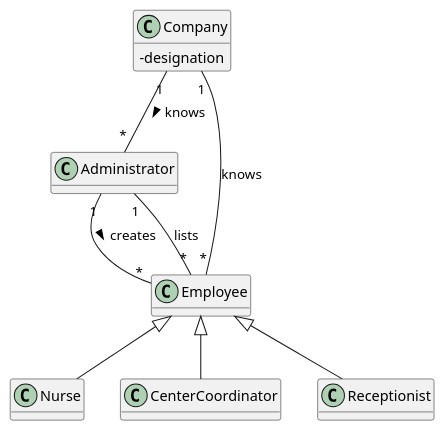
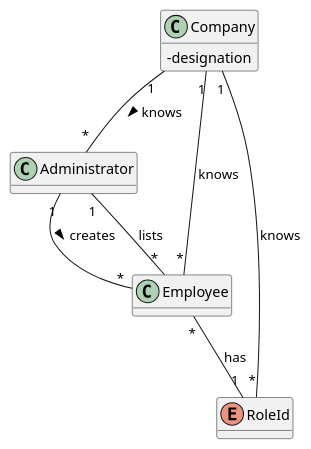
One commit to miseEnPlace-i/lapr2 changed the diagram in docs/SprintB/US11/DM/US11_DM.puml. Above: the diagram before and after it, drawn with PlantUML. The commit also changed 6 other files, not shown here.

Commit message:
docs(US11): removed superclass & used enum to employee roles

```diff
--- a/docs/SprintB/US11/DM/US11_DM.puml
+++ b/docs/SprintB/US11/DM/US11_DM.puml
@@ -1,24 +1,25 @@
 @startuml
 hide methods
 skinparam classAttributeIconSize 0
 
 class Administrator {}
 
 class Employee {
 }
 
 class Company {
   - designation
 }
 
+enum RoleId {}
+
 Administrator "1" -- "*" Employee : creates >
 Administrator "1" -- "*" Employee : lists 
 
 Company "1" -- "*" Administrator : knows  >
 Company "1" -- "*" Employee : knows 
 
-Employee <|-- Nurse
-Employee <|-- CenterCoordinator
-Employee <|-- Receptionist
+Company "1" -- "*" RoleId : knows
+Employee "*" -- "1" RoleId : has
 
 @enduml
```
